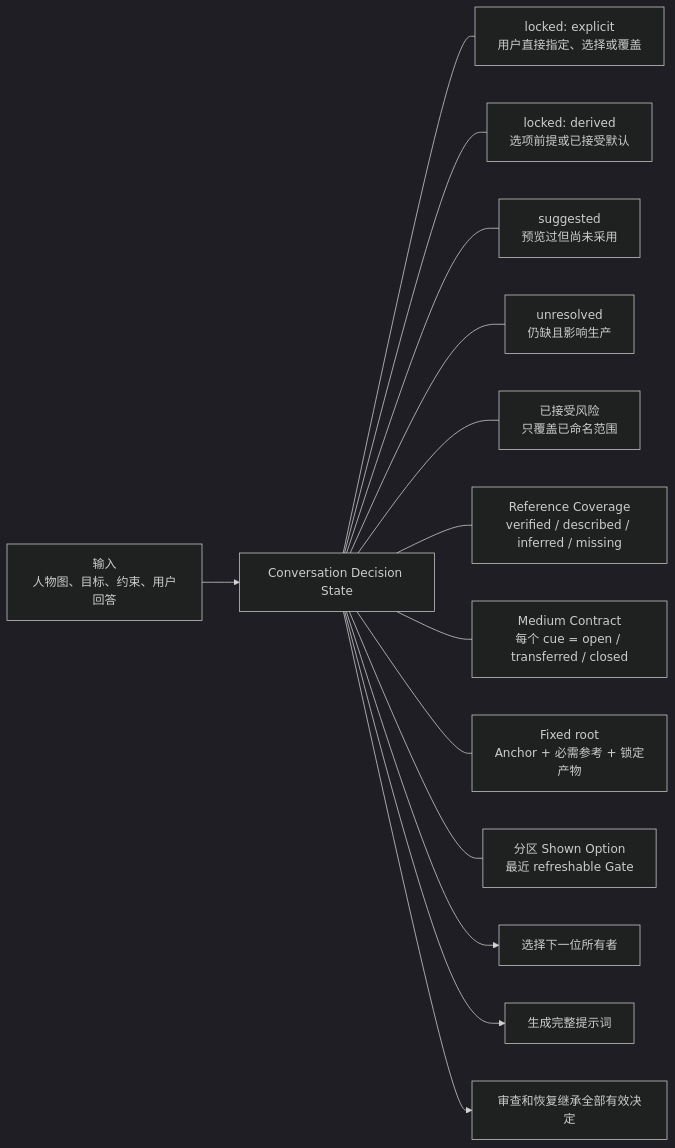
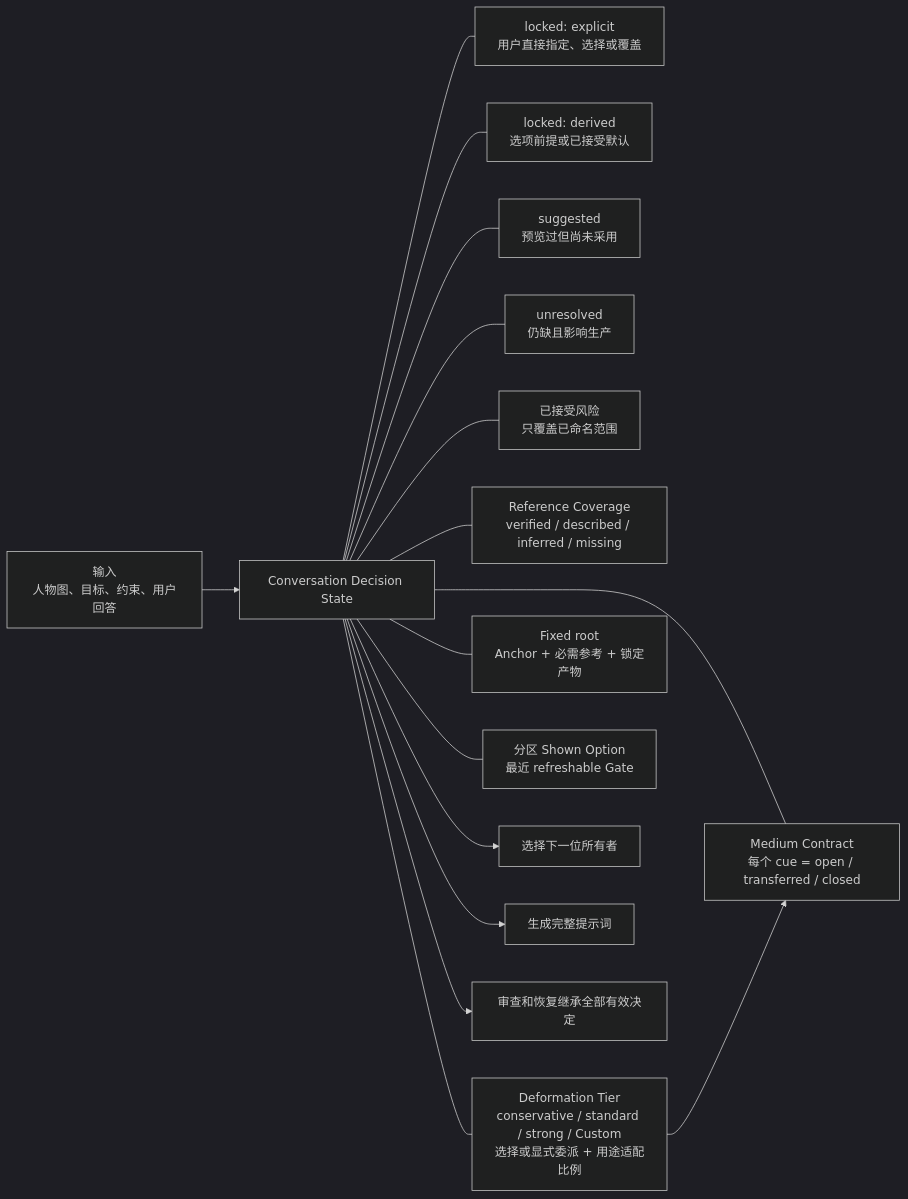
Before and after one commit to cyaoc/cast-me: the third of 13 diagrams in docs/architecture.md, drawn with Mermaid (dark theme). The commit also changed other lines of this file and 6 other files, not shown here.

Commit message:
feat: resolve deformation tier body evidence

````diff
--- a/docs/architecture.md
+++ b/docs/architecture.md
@@ -137,18 +138,20 @@
 ```mermaid
 flowchart LR
     INPUT["输入<br/>人物图、目标、约束、用户回答"] --> STATE["Conversation Decision State"]
 
     STATE --- E["locked: explicit<br/>用户直接指定、选择或覆盖"]
     STATE --- D["locked: derived<br/>选项前提或已接受默认"]
     STATE --- S["suggested<br/>预览过但尚未采用"]
     STATE --- U["unresolved<br/>仍缺且影响生产"]
     STATE --- RISK["已接受风险<br/>只覆盖已命名范围"]
     STATE --- COVER["Reference Coverage<br/>verified / described / inferred / missing"]
+    STATE --- TIER["Deformation Tier<br/>conservative / standard / strong / Custom<br/>选择或显式委派 + 用途适配比例"]
     STATE --- MEDIUM["Medium Contract<br/>每个 cue = open / transferred / closed"]
     STATE --- ROOT["Fixed root<br/>Anchor + 必需参考 + 锁定产物"]
     STATE --- HIST["分区 Shown Option<br/>最近 refreshable Gate"]
 
     STATE --> ROUTE["选择下一位所有者"]
     STATE --> PROMPT["生成完整提示词"]
     STATE --> REVIEW["审查和恢复继承全部有效决定"]
+    TIER --> MEDIUM
 ```
````
